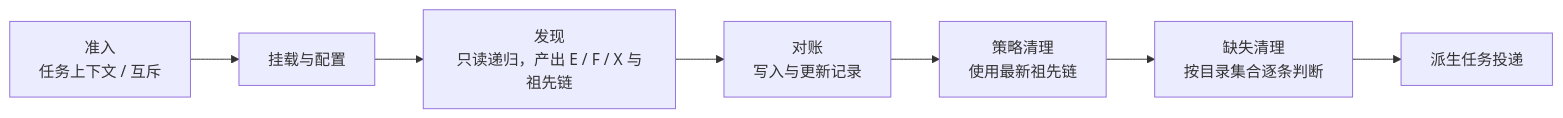
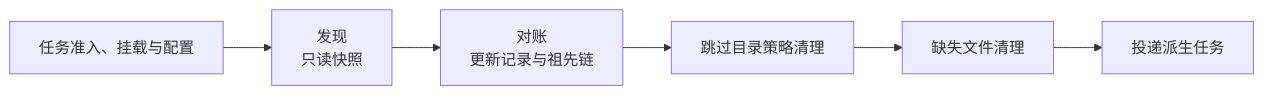
The diagram in backend/docs/SCAN_CLEANUP.md (nianzhibai/91), drawn with Mermaid before and after one commit. The commit also changed other lines of this file and 3 other files, not shown here.

````diff
--- a/backend/docs/SCAN_CLEANUP.md
+++ b/backend/docs/SCAN_CLEANUP.md
@@ -86,9 +9,8 @@
 ```mermaid
 flowchart LR
-    A["准入<br/>任务上下文 / 互斥"] --> B["挂载与配置"]
-    B --> C["发现<br/>只读递归，产出 E / F / X 与祖先链"]
-    C --> D["对账<br/>写入与更新记录"]
-    D --> E["策略清理<br/>使用最新祖先链"]
-    E --> F["缺失清理<br/>按目录集合逐条判断"]
-    F --> G["派生任务投递"]
+    A["任务准入、挂载与配置"] --> B["发现<br/>只读快照"]
+    B --> C["对账<br/>更新记录与祖先链"]
+    C --> D["跳过目录策略清理"]
+    D --> E["缺失文件清理"]
+    E --> F["投递派生任务"]
 ```
````
